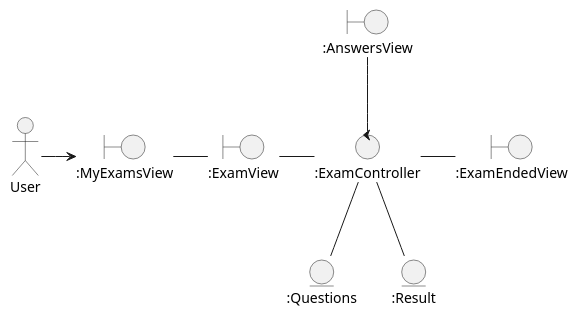
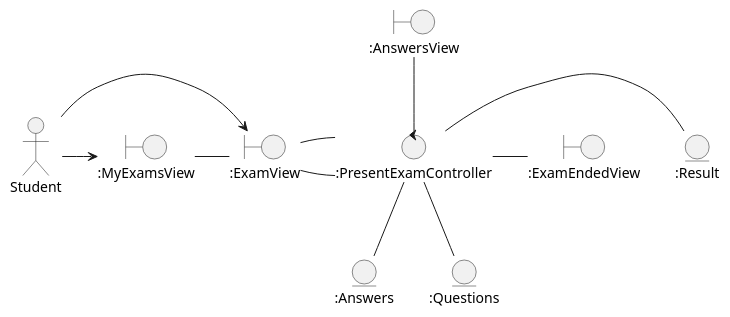
One commit to TheSProyect/Proyecto-IS-Grupo-1 changed the diagram in docs/scenariosView/UC-presentExam-analysisClassDiagram.plantuml. Above: the diagram before and after it, drawn with PlantUML. The commit also changed 1 other file, not shown here.

Commit message:
Diagrams fixed

```diff
--- a/docs/scenariosView/UC-presentExam-analysisClassDiagram.plantuml
+++ b/docs/scenariosView/UC-presentExam-analysisClassDiagram.plantuml
@@ -1,21 +1,27 @@
 @startuml Clases de analisis
 hide footbox
-actor User
+actor Student
 boundary ":MyExamsView" as MyExamsView
 boundary ":ExamView" as ExamView
 boundary ":ExamEndedView" as ExamEndedView
 boundary ":AnswersView" as AnswersView
-Control ":ExamController" as ExamController
+Control ":PresentExamController" as PresentExamController
+entity ":Result" as Result
+entity ":Answers" as Answers
 entity ":Questions" as Questions
-entity ":Result" as Result
 
-User -> MyExamsView
+Student -> MyExamsView
+Student -> ExamView
+
 MyExamsView - ExamView
-ExamView - ExamController
-ExamController -down- Questions
-ExamController -down- Result
-ExamController -right- ExamEndedView
-ExamController -up- AnswersView
+PresentExamController -down- Questions
+PresentExamController -down- Answers
+ExamView - PresentExamController
+ExamView -right- PresentExamController
+PresentExamController -right- Result
+PresentExamController -right- ExamEndedView
+PresentExamController -up- AnswersView
+
 
 
 @enduml
```
